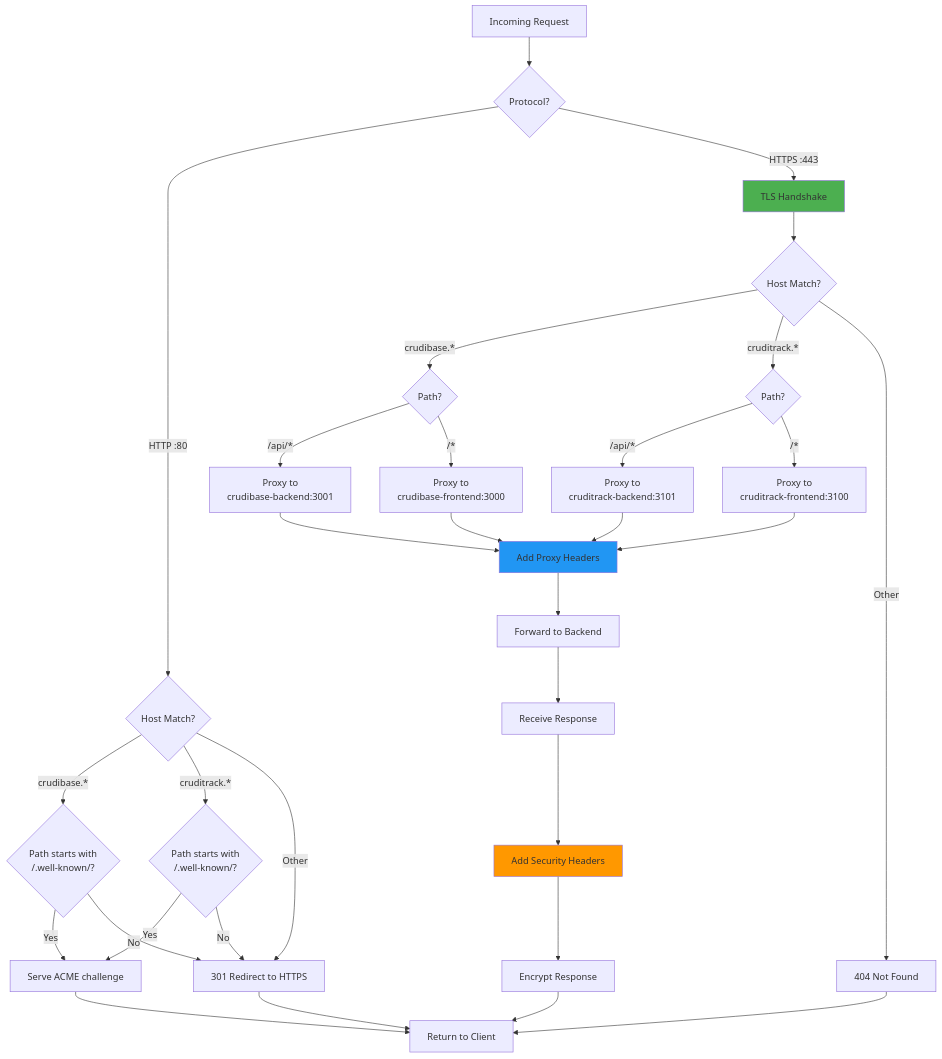
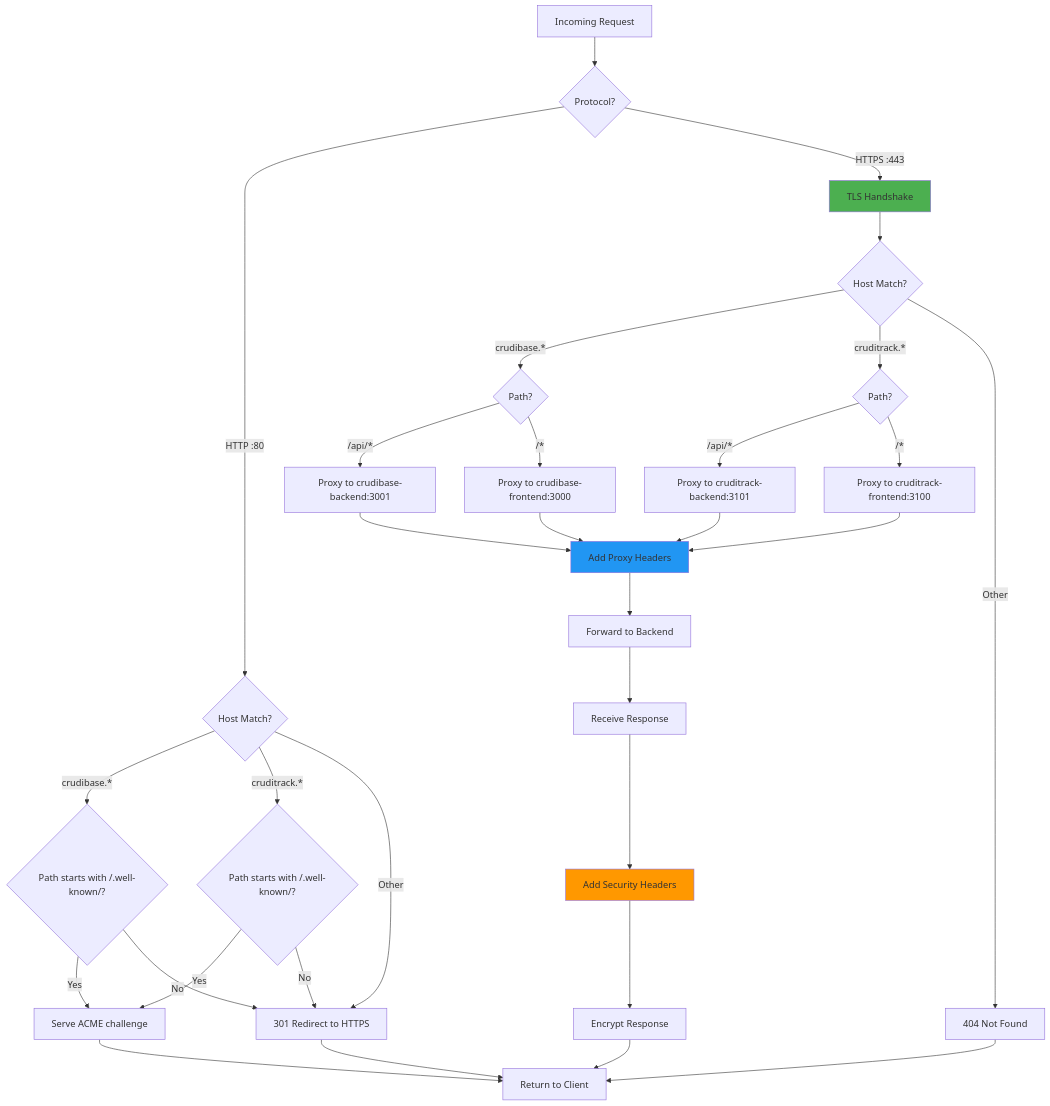
One commit to softwarewrighter/ssl-proxy-for-do changed the tenth of 10 diagrams in wiki/Request-Flow.md. Above: the diagram before and after it, drawn with Mermaid. The commit also changed other lines of this file and 7 other files, not shown here.

First line of the commit message:
Fix wiki Mermaid diagrams: remove remaining <br/> tags

````diff
--- a/wiki/Request-Flow.md
+++ b/wiki/Request-Flow.md
@@ -536,47 +536,47 @@
 ```mermaid
 graph TD
     Start[Incoming Request] --> Protocol{Protocol?}
 
     Protocol -->|HTTP :80| HostHTTP{Host Match?}
     Protocol -->|HTTPS :443| TLS[TLS Handshake]
 
     TLS --> HostHTTPS{Host Match?}
 
-    HostHTTP -->|crudibase.*| ACMECheck{Path starts with<br/>/.well-known/?}
-    HostHTTP -->|cruditrack.*| ACMECheck2{Path starts with<br/>/.well-known/?}
+    HostHTTP -->|crudibase.*| ACMECheck{Path starts with /.well-known/?}
+    HostHTTP -->|cruditrack.*| ACMECheck2{Path starts with /.well-known/?}
     HostHTTP -->|Other| RedirectHTTPS[301 Redirect to HTTPS]
 
     ACMECheck -->|Yes| ServeACME[Serve ACME challenge]
     ACMECheck -->|No| RedirectHTTPS
     ACMECheck2 -->|Yes| ServeACME
     ACMECheck2 -->|No| RedirectHTTPS
 
     HostHTTPS -->|crudibase.*| PathCB{Path?}
     HostHTTPS -->|cruditrack.*| PathCT{Path?}
     HostHTTPS -->|Other| Error404[404 Not Found]
 
-    PathCB -->|/api/*| ProxyCB_BE[Proxy to<br/>crudibase-backend:3001]
-    PathCB -->|/*| ProxyCB_FE[Proxy to<br/>crudibase-frontend:3000]
+    PathCB -->|/api/*| ProxyCB_BE[Proxy to crudibase-backend:3001]
+    PathCB -->|/*| ProxyCB_FE[Proxy to crudibase-frontend:3000]
 
-    PathCT -->|/api/*| ProxyCT_BE[Proxy to<br/>cruditrack-backend:3101]
-    PathCT -->|/*| ProxyCT_FE[Proxy to<br/>cruditrack-frontend:3100]
+    PathCT -->|/api/*| ProxyCT_BE[Proxy to cruditrack-backend:3101]
+    PathCT -->|/*| ProxyCT_FE[Proxy to cruditrack-frontend:3100]
 
     ProxyCB_BE --> AddHeaders[Add Proxy Headers]
     ProxyCB_FE --> AddHeaders
     ProxyCT_BE --> AddHeaders
     ProxyCT_FE --> AddHeaders
 
     AddHeaders --> BackendReq[Forward to Backend]
     BackendReq --> BackendResp[Receive Response]
     BackendResp --> SecHeaders[Add Security Headers]
     SecHeaders --> Encrypt[Encrypt Response]
     Encrypt --> Client[Return to Client]
 
     RedirectHTTPS --> Client
     ServeACME --> Client
     Error404 --> Client
 
     style TLS fill:#4CAF50
     style AddHeaders fill:#2196F3
     style SecHeaders fill:#FF9800
 ```
````
